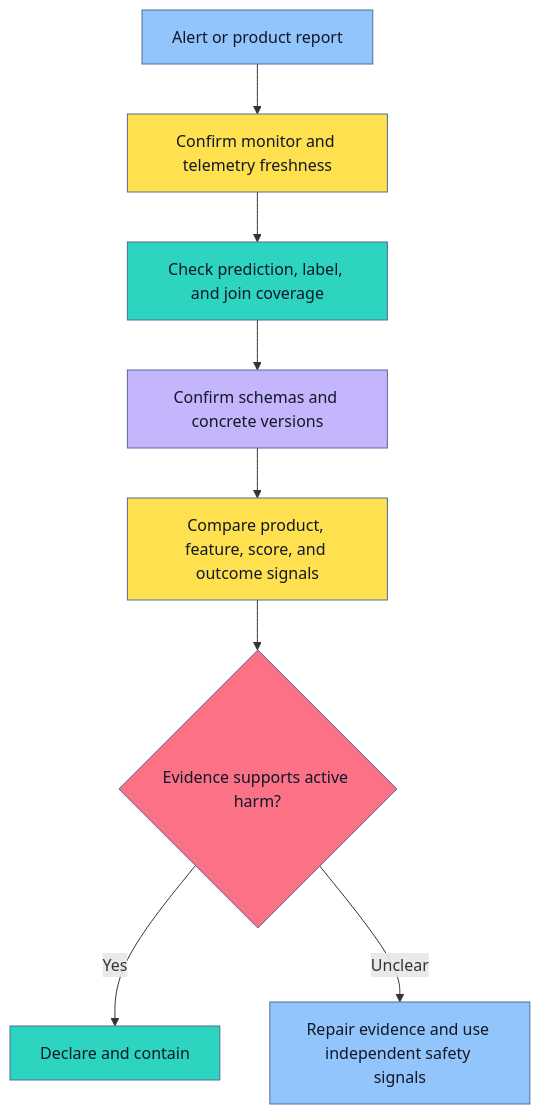
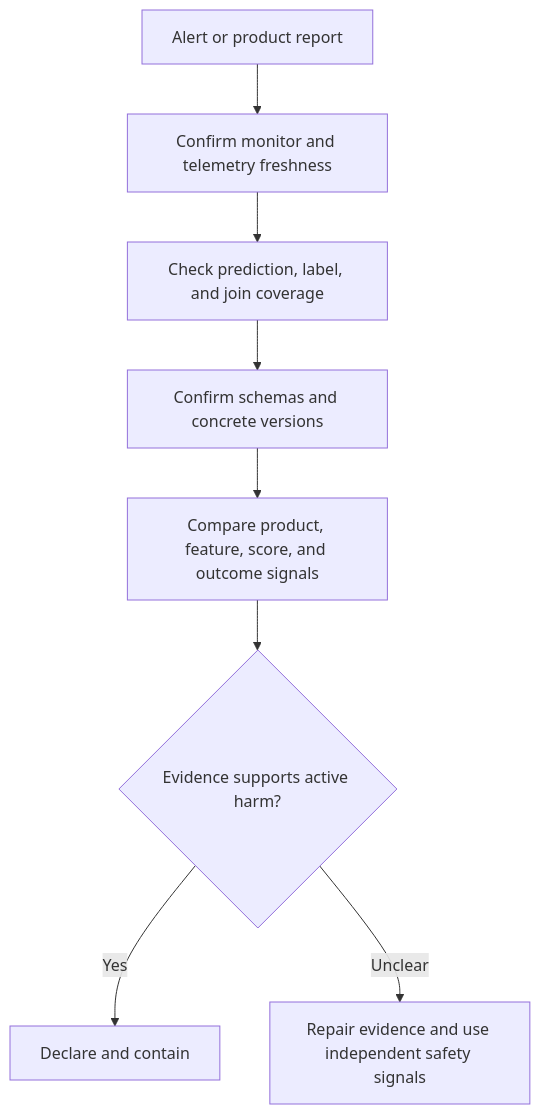
Before and after one commit to senlinyy/dev-roadmaps: the third of 9 diagrams in roadmaps/mlops/modules/deployment-and-release-management/rollback-and-recovery/01-ml-incident-response-basics.md, drawn with Mermaid. The commit also changed other lines of this file and 152 other files, not shown here.

Commit message:
feat: mlops and diagrams updated

````diff
--- a/roadmaps/mlops/modules/deployment-and-release-management/rollback-and-recovery/01-ml-incident-response-basics.md
+++ b/roadmaps/mlops/modules/deployment-and-release-management/rollback-and-recovery/01-ml-incident-response-basics.md
@@ -143,19 +142,19 @@
 ```mermaid
 flowchart TD
     A["Alert or product report"] --> B["Confirm monitor and telemetry freshness"]
     B --> C["Check prediction, label, and join coverage"]
     C --> D["Confirm schemas and concrete versions"]
     D --> E["Compare product, feature, score, and outcome signals"]
     E --> F{"Evidence supports active harm?"}
     F -->|"Yes"| G["Declare and contain"]
     F -->|"Unclear"| H["Repair evidence and use independent safety signals"]
 
-    style A fill:#93C5FD,stroke:#536A9A,color:#111827
-    style B fill:#FFE04F,stroke:#536A9A,color:#111827
-    style C fill:#2DD4BF,stroke:#536A9A,color:#111827
-    style D fill:#C4B5FD,stroke:#536A9A,color:#111827
-    style E fill:#FFE04F,stroke:#536A9A,color:#111827
-    style F fill:#FB7185,stroke:#536A9A,color:#111827
-    style G fill:#2DD4BF,stroke:#536A9A,color:#111827
-    style H fill:#93C5FD,stroke:#536A9A,color:#111827
+    class A dp-mermaid-primary
+    class B dp-mermaid-secondary
+    class C dp-mermaid-tertiary
+    class D dp-mermaid-quaternary
+    class E dp-mermaid-secondary
+    class F dp-mermaid-primary
+    class G dp-mermaid-tertiary
+    class H dp-mermaid-primary
 ```
````
